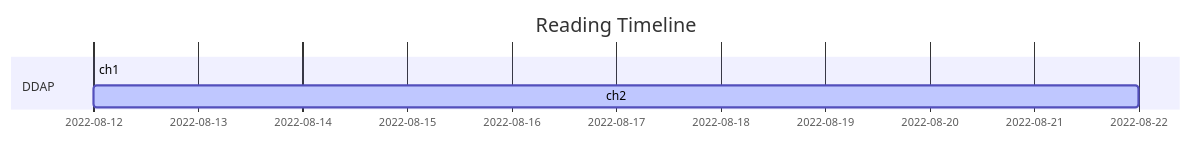
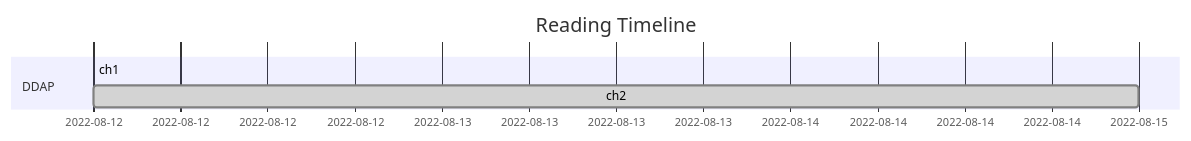
Before and after one commit to ywjpanda/Mastering-Bitcoin: the second of 3 diagrams in README.md, drawn with Mermaid. The commit also changed other lines of this file, not shown here.

````diff
--- a/README.md
+++ b/README.md
@@ -28,10 +30,10 @@
 ```mermaid
 gantt
     todayMarker off
     title Reading Timeline
     dateFormat  YYYY-MM-DD
     section DDAP
-    ch1 : done,   des1, 2022-08-12,2022-08-12
-    ch2 : active, des2, 2022-08-12,2022-08-22
+    ch1 : done, des1, 2022-08-12,2022-08-12
+    ch2 : done, des2, 2022-08-12,2022-08-15
 
 ```
````
